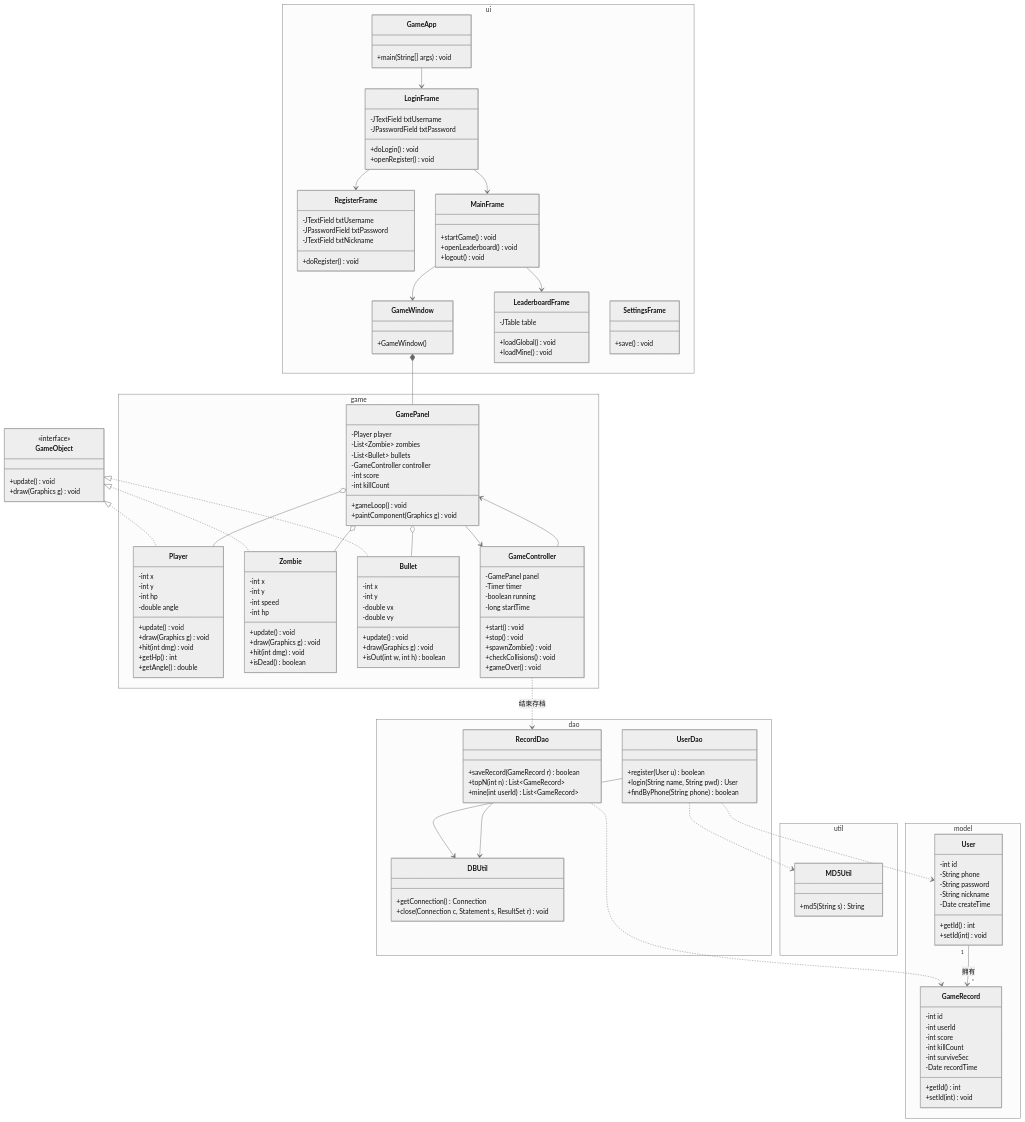
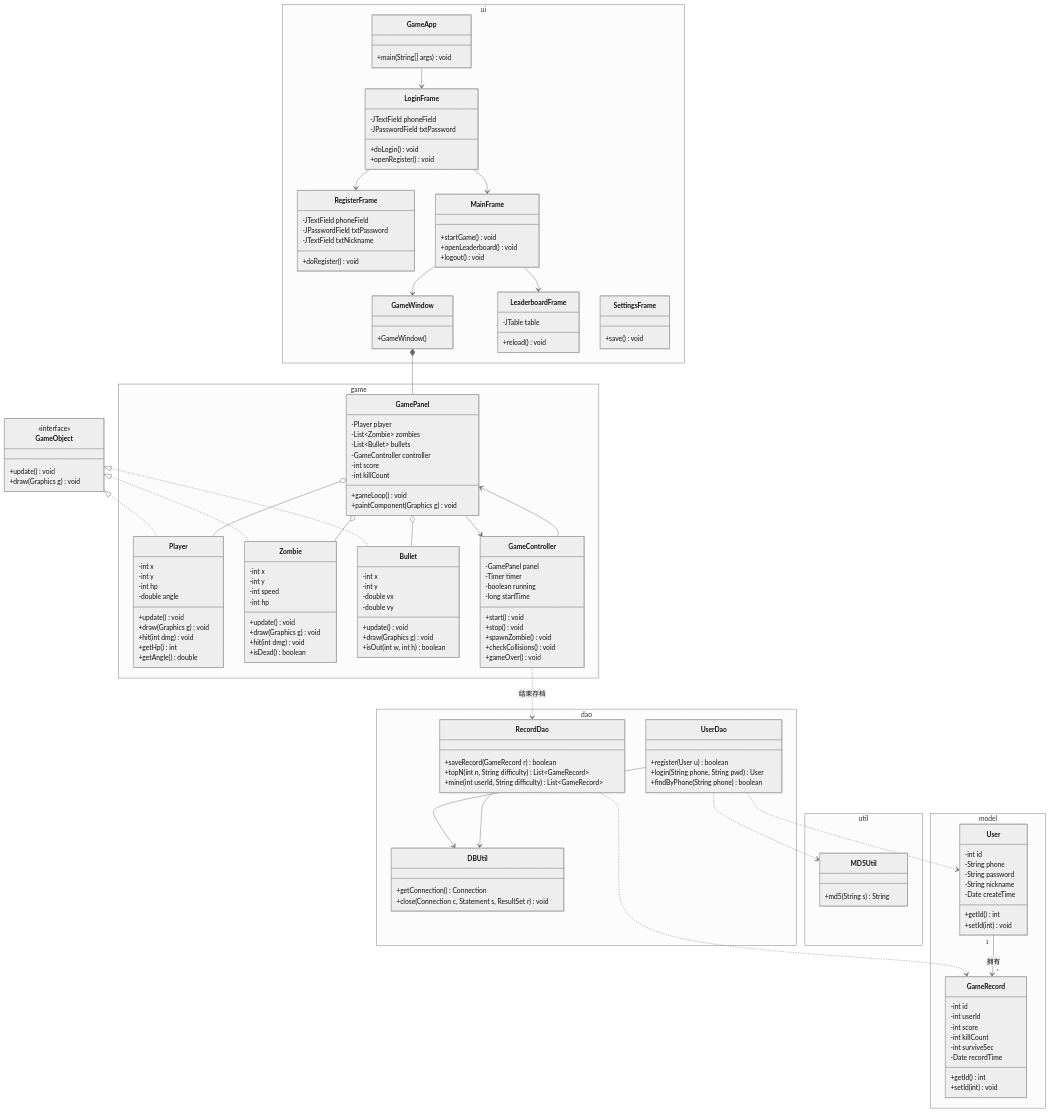
One commit to learnerCodeZ/javagame-zombie-shooter changed the second of 12 diagrams in docs/详细设计说明书.md. Above: the diagram before and after it, drawn with Mermaid (neutral theme). The commit also changed other lines of this file and 4 other files, not shown here.

```diff
--- a/docs/详细设计说明书.md
+++ b/docs/详细设计说明书.md
@@ -149,13 +149,13 @@
             +main(String[] args) void
         }
         class LoginFrame {
-            -JTextField txtUsername
+            -JTextField phoneField
             -JPasswordField txtPassword
             +doLogin() void
             +openRegister() void
         }
         class RegisterFrame {
-            -JTextField txtUsername
+            -JTextField phoneField
             -JPasswordField txtPassword
             -JTextField txtNickname
             +doRegister() void
@@ -170,8 +170,7 @@
         }
         class LeaderboardFrame {
             -JTable table
-            +loadGlobal() void
-            +loadMine() void
+            +reload() void
         }
         class SettingsFrame {
             +save() void
@@ -207,13 +206,13 @@
         }
         class UserDao {
             +register(User u) boolean
-            +login(String name, String pwd) User
+            +login(String phone, String pwd) User
             +findByPhone(String phone) boolean
         }
         class RecordDao {
             +saveRecord(GameRecord r) boolean
-            +topN(int n) List~GameRecord~
-            +mine(int userId) List~GameRecord~
+            +topN(int n, String difficulty) List~GameRecord~
+            +mine(int userId, String difficulty) List~GameRecord~
         }
     }
 
```
